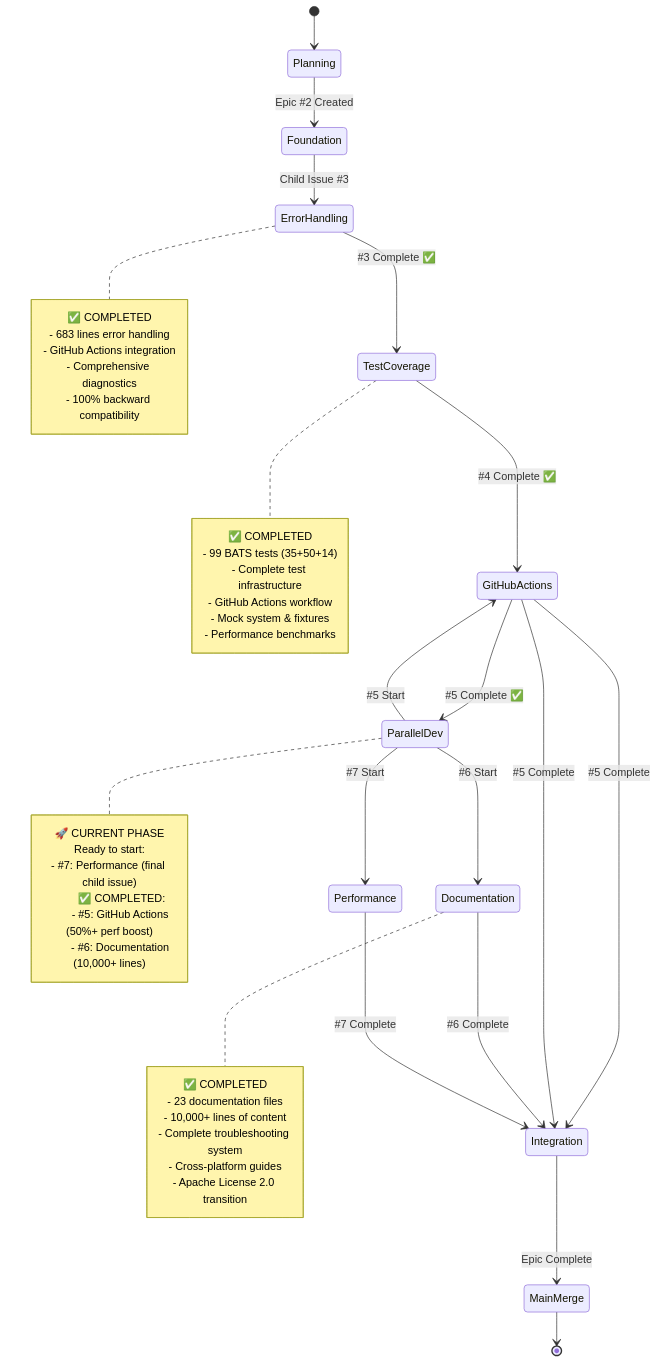
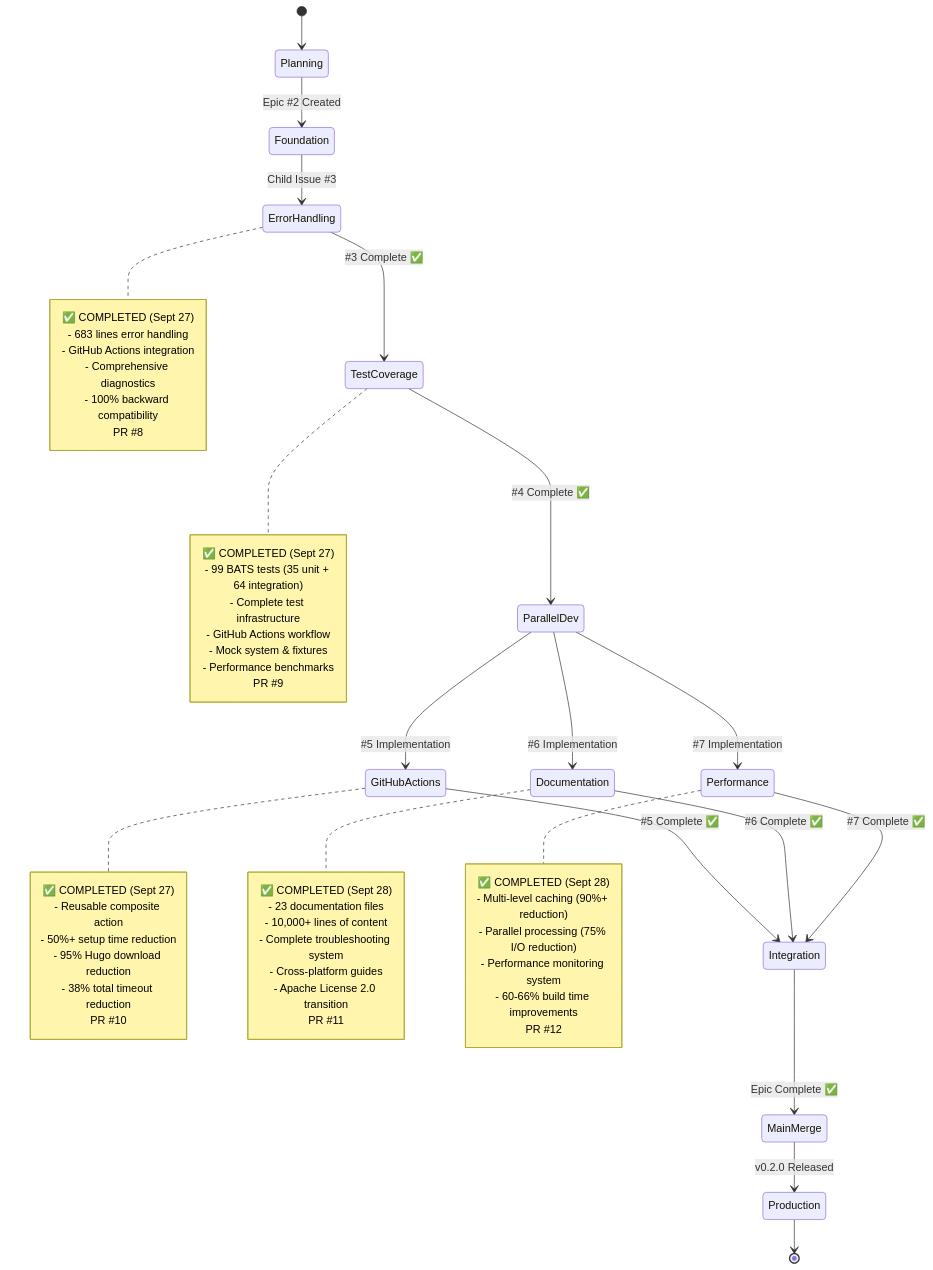
One commit to info-tech-io/hugo-templates changed the third of 3 diagrams in docs/proposals/epic-2-build-system-v2-0/progress.md. Above: the diagram before and after it, drawn with Mermaid. The commit also changed other lines of this file and 2 other files, not shown here.

First line of the commit message:
docs(issue-14): add design documentation and reproduction plan

````diff
--- a/docs/proposals/epic-2-build-system-v2-0/progress.md
+++ b/docs/proposals/epic-2-build-system-v2-0/progress.md
@@ -91,54 +93,64 @@
 ```mermaid
 stateDiagram-v2
     [*] --> Planning
     Planning --> Foundation: Epic #2 Created
     Foundation --> ErrorHandling: Child Issue #3
     ErrorHandling --> TestCoverage: #3 Complete ✅
-    TestCoverage --> GitHubActions: #4 Complete ✅
-    GitHubActions --> ParallelDev: #5 Complete ✅
-    ParallelDev --> GitHubActions: #5 Start
-    ParallelDev --> Documentation: #6 Start
-    ParallelDev --> Performance: #7 Start
-    GitHubActions --> Integration: #5 Complete
-    GitHubActions --> Integration: #5 Complete
-    Documentation --> Integration: #6 Complete
-    Performance --> Integration: #7 Complete
-    Integration --> MainMerge: Epic Complete
-    MainMerge --> [*]
+    TestCoverage --> ParallelDev: #4 Complete ✅
+    ParallelDev --> GitHubActions: #5 Implementation
+    ParallelDev --> Documentation: #6 Implementation
+    ParallelDev --> Performance: #7 Implementation
+    GitHubActions --> Integration: #5 Complete ✅
+    Documentation --> Integration: #6 Complete ✅
+    Performance --> Integration: #7 Complete ✅
+    Integration --> MainMerge: Epic Complete ✅
+    MainMerge --> Production: v0.2.0 Released
+    Production --> [*]
 
     note right of ErrorHandling
-        ✅ COMPLETED
+        ✅ COMPLETED (Sept 27)
         - 683 lines error handling
         - GitHub Actions integration
         - Comprehensive diagnostics
         - 100% backward compatibility
+        PR #8
     end note
 
     note right of TestCoverage
-        ✅ COMPLETED
-        - 99 BATS tests (35+50+14)
+        ✅ COMPLETED (Sept 27)
+        - 99 BATS tests (35 unit + 64 integration)
         - Complete test infrastructure
         - GitHub Actions workflow
         - Mock system & fixtures
         - Performance benchmarks
+        PR #9
+    end note
+
+    note right of GitHubActions
+        ✅ COMPLETED (Sept 27)
+        - Reusable composite action
+        - 50%+ setup time reduction
+        - 95% Hugo download reduction
+        - 38% total timeout reduction
+        PR #10
     end note
 
     note right of Documentation
-        ✅ COMPLETED
+        ✅ COMPLETED (Sept 28)
         - 23 documentation files
         - 10,000+ lines of content
         - Complete troubleshooting system
         - Cross-platform guides
         - Apache License 2.0 transition
+        PR #11
     end note
 
-    note right of ParallelDev
-        🚀 CURRENT PHASE
-        Ready to start:
-        - #7: Performance (final child issue)
-
-        ✅ COMPLETED:
-        - #5: GitHub Actions (50%+ perf boost)
-        - #6: Documentation (10,000+ lines)
+    note right of Performance
+        ✅ COMPLETED (Sept 28)
+        - Multi-level caching (90%+ reduction)
+        - Parallel processing (75% I/O reduction)
+        - Performance monitoring system
+        - 60-66% build time improvements
+        PR #12
     end note
 ```
````
